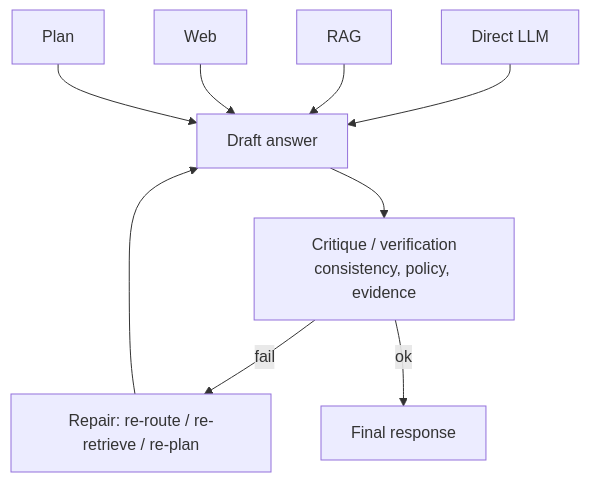
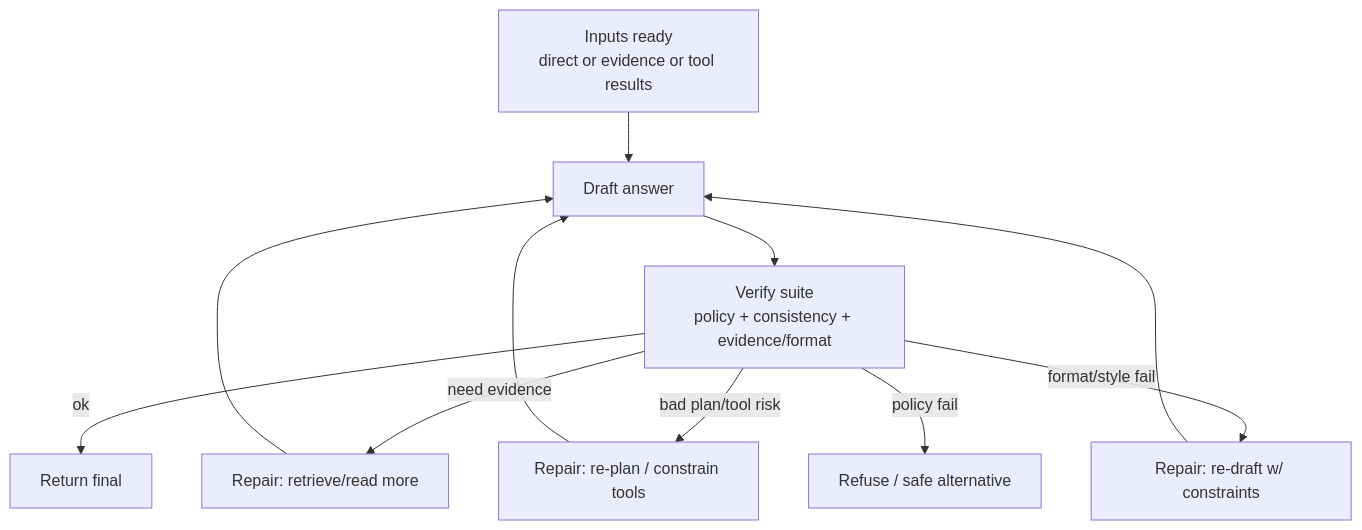
The second of 5 diagrams in ideas/buffer-clean.md (ynotopec/coder-brain), drawn with Mermaid before and after one commit. The commit also changed other lines of this file, not shown here.

````diff
--- a/ideas/buffer-clean.md
+++ b/ideas/buffer-clean.md
@@ -27,12 +42,16 @@
 ```mermaid
 flowchart TD
-  S1[Direct LLM] --> GEN[Draft answer]
-  S2[RAG] --> GEN
-  S3[Web] --> GEN
-  S4[Plan] --> GEN
+  IN[Inputs ready<br/>direct or evidence or tool results] --> GEN[Draft answer]
+  GEN --> VERIFY[Verify suite<br/>policy + consistency + evidence/format]
 
-  GEN --> CHECK[Critique / verification<br/>consistency, policy, evidence]
-  CHECK -->|fail| FIX[Repair: re-route / re-retrieve / re-plan]
-  FIX --> GEN
-  CHECK -->|ok| OUT[Final response]
+  VERIFY -->|ok| OUT[Return final]
+
+  VERIFY -->|need evidence| REPAIR_RAG[Repair: retrieve/read more]
+  VERIFY -->|bad plan/tool risk| REPAIR_ACT[Repair: re-plan / constrain tools]
+  VERIFY -->|format/style fail| REPAIR_FMT[Repair: re-draft w/ constraints]
+  VERIFY -->|policy fail| REFUSE[Refuse / safe alternative]
+
+  REPAIR_RAG --> GEN
+  REPAIR_ACT --> GEN
+  REPAIR_FMT --> GEN
 ```
````
